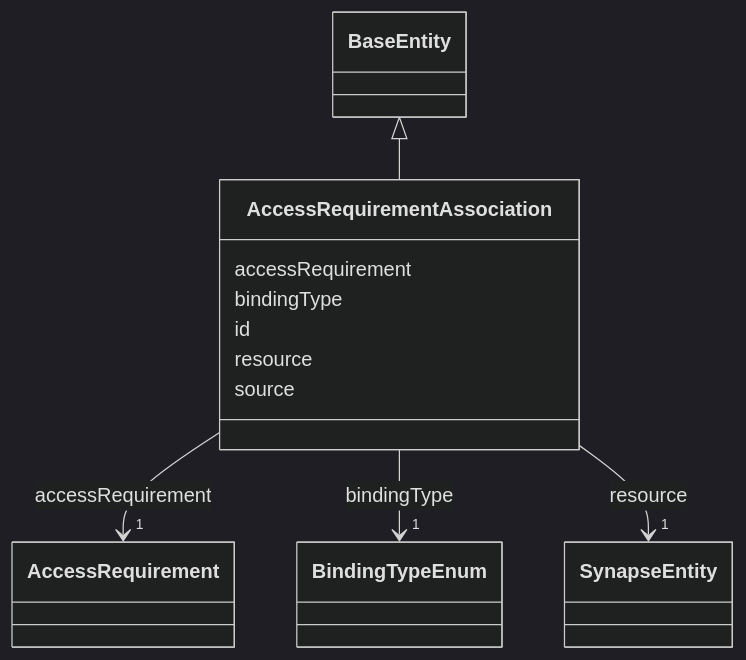
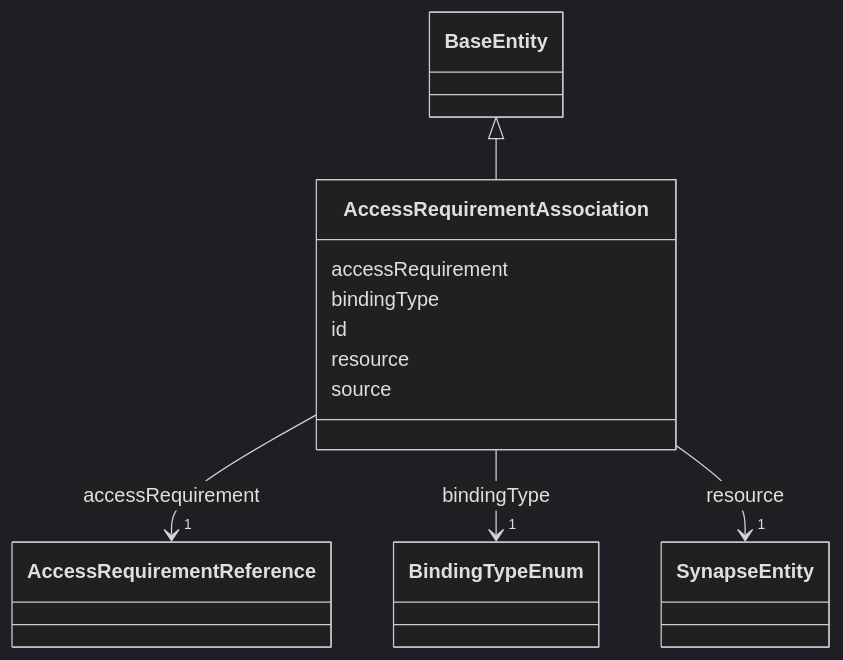
One commit to mc2-center/governanceDUO changed the diagram in docs/reference/classes/AccessRequirementAssociation.md. Above: the diagram before and after it, drawn with Mermaid (dark theme). The commit also changed other lines of this file and 18 other files, not shown here.

First line of the commit message:
Update docs for the AccessRequirementReference class

````diff
--- a/docs/reference/classes/AccessRequirementAssociation.md
+++ b/docs/reference/classes/AccessRequirementAssociation.md
@@ -23,46 +23,46 @@
 ```mermaid
  classDiagram
     class AccessRequirementAssociation
     click AccessRequirementAssociation href "../../classes/AccessRequirementAssociation/"
       BaseEntity <|-- AccessRequirementAssociation
         click BaseEntity href "../../classes/BaseEntity/"
       
       AccessRequirementAssociation : accessRequirement
         
           
     
         
         
-        AccessRequirementAssociation --> "1" AccessRequirement : accessRequirement
-        click AccessRequirement href "../../classes/AccessRequirement/"
+        AccessRequirementAssociation --> "1" AccessRequirementReference : accessRequirement
+        click AccessRequirementReference href "../../classes/AccessRequirementReference/"
     
 
         
       AccessRequirementAssociation : bindingType
         
           
     
         
         
         AccessRequirementAssociation --> "1" BindingTypeEnum : bindingType
         click BindingTypeEnum href "../../enums/BindingTypeEnum/"
     
 
         
       AccessRequirementAssociation : id
         
       AccessRequirementAssociation : resource
         
           
     
         
         
         AccessRequirementAssociation --> "1" SynapseEntity : resource
         click SynapseEntity href "../../classes/SynapseEntity/"
     
 
         
       AccessRequirementAssociation : source
         
       
 ```
````
